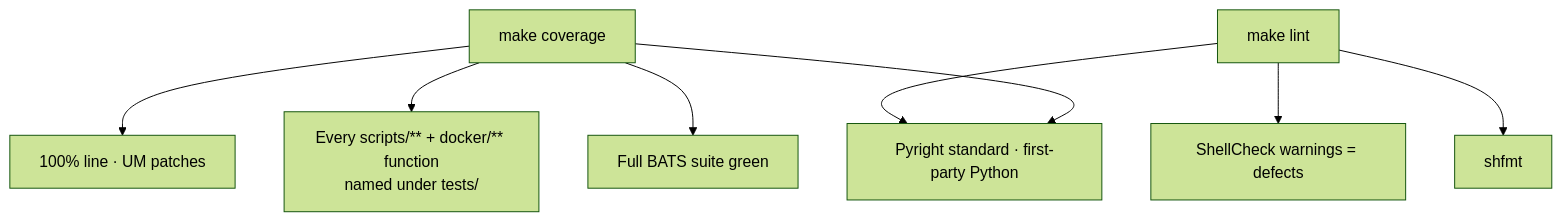
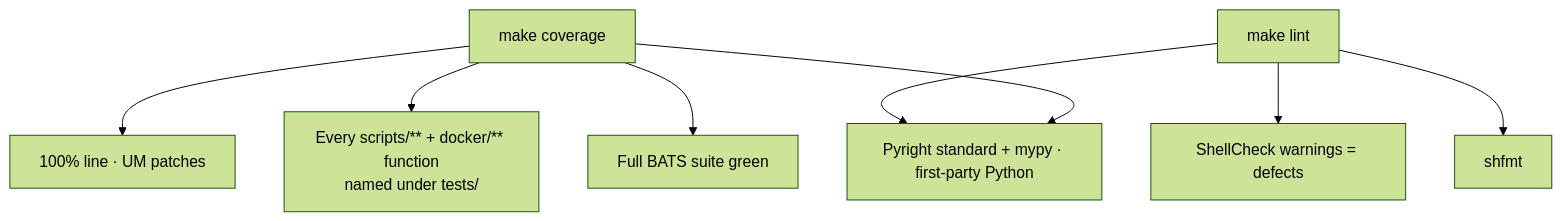
One commit to toxicoder/ez-comfy-stack changed the fifth of 6 diagrams in docs/project-conventions.md. Above: the diagram before and after it, drawn with Mermaid (forest theme). The commit also changed other lines of this file and 17 other files, not shown here.

````diff
--- a/docs/project-conventions.md
+++ b/docs/project-conventions.md
@@ -218,10 +219,10 @@
 ```mermaid
 flowchart TB
   Cov["make coverage"] --> Py["100% line · UM patches"]
-  Cov --> Pyright["Pyright standard · first-party Python"]
+  Cov --> Pyright["Pyright standard + mypy · first-party Python"]
   Cov --> Shell["Every scripts/** + docker/** function<br/>named under tests/"]
   Cov --> Bats["Full BATS suite green"]
   Lint["make lint"] --> SC["ShellCheck warnings = defects"]
   Lint --> Fmt["shfmt"]
   Lint --> Pyright
 ```
````
